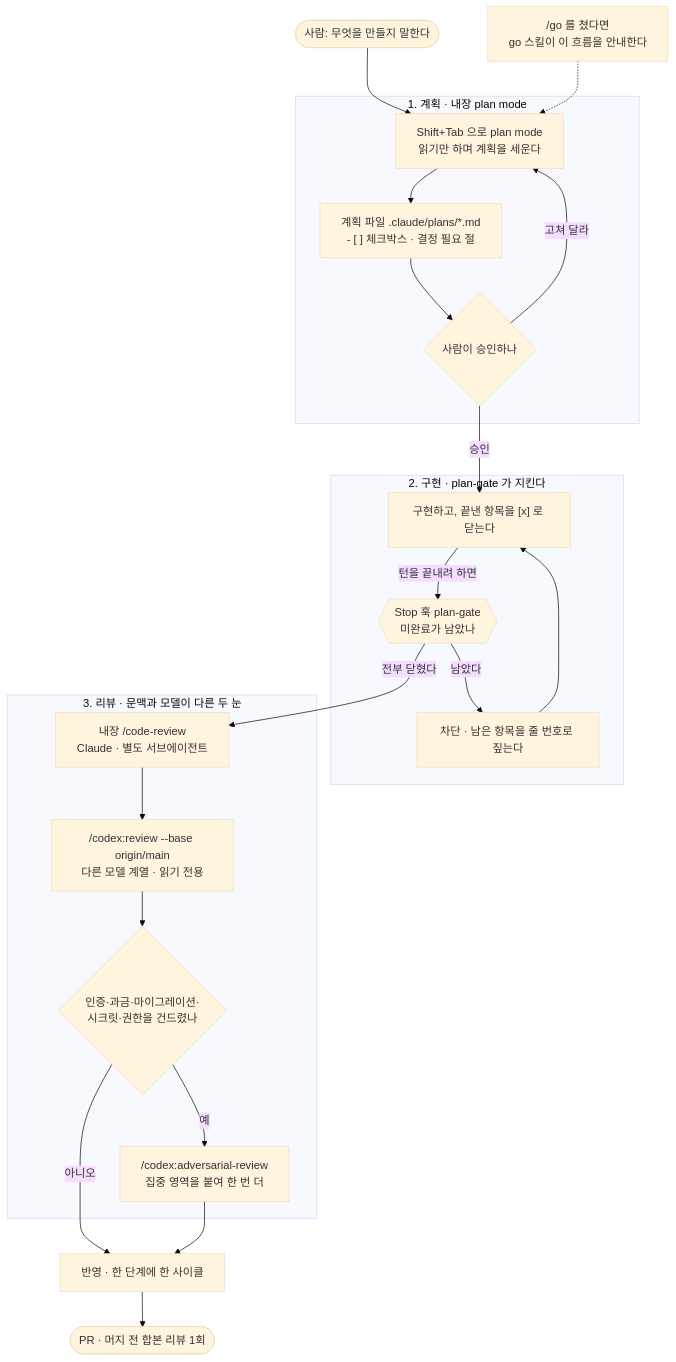
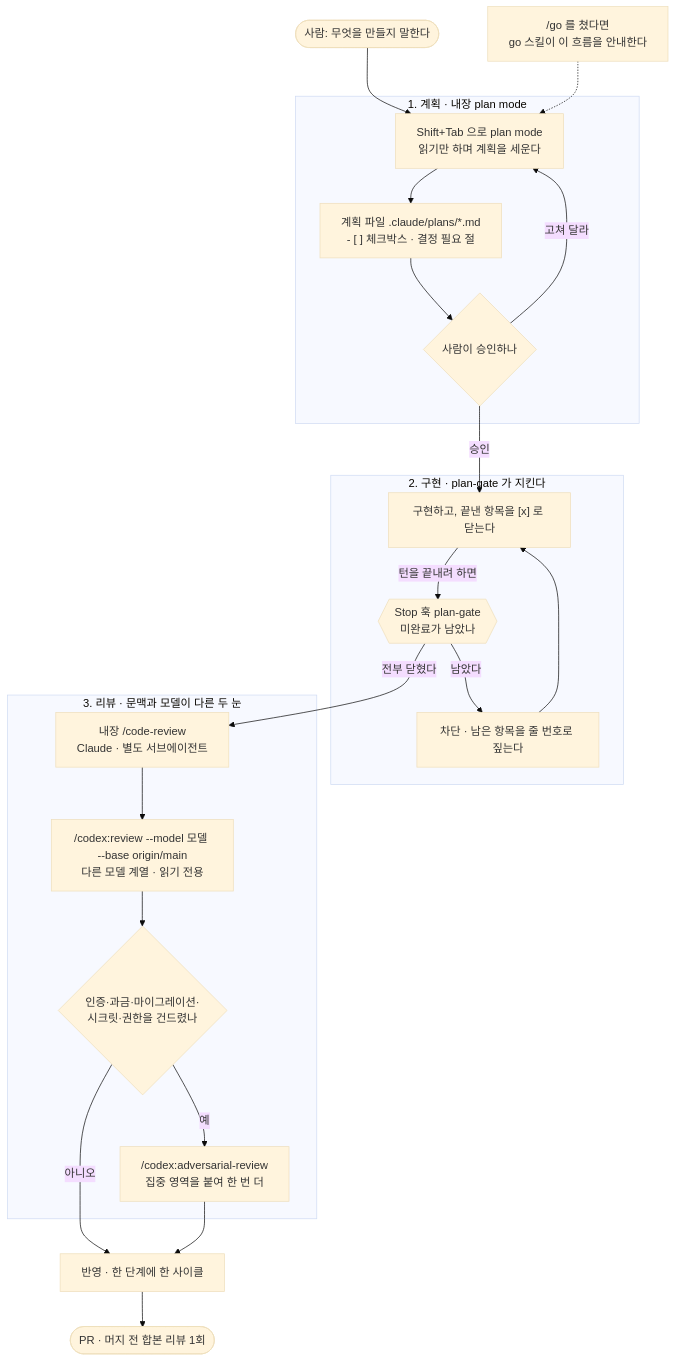
The first of 3 diagrams in README.md (jwjinn/go-skill), drawn with Mermaid (base theme) before and after one commit. The commit also changed other lines of this file and 3 other files, not shown here.

````diff
--- a/README.md
+++ b/README.md
@@ -18,31 +18,31 @@
 ```mermaid
 flowchart TD
     U(["사람: 무엇을 만들지 말한다"]) --> PM
     G["/go 를 쳤다면<br/>go 스킬이 이 흐름을 안내한다"] -.-> PM
 
     subgraph S1["1. 계획 · 내장 plan mode"]
         PM["Shift+Tab 으로 plan mode<br/>읽기만 하며 계획을 세운다"] --> PF["계획 파일 .claude/plans/*.md<br/>- [ ] 체크박스 · 결정 필요 절"]
         PF --> OK{"사람이 승인하나"}
     end
 
     OK -->|"고쳐 달라"| PM
     OK -->|"승인"| IM
 
     subgraph S2["2. 구현 · plan-gate 가 지킨다"]
         IM["구현하고, 끝낸 항목을 [x] 로 닫는다"] -->|"턴을 끝내려 하면"| GT{{"Stop 훅 plan-gate<br/>미완료가 남았나"}}
         GT -->|"남았다"| BL["차단 · 남은 항목을 줄 번호로 짚는다"]
         BL --> IM
     end
 
     GT -->|"전부 닫혔다"| CR
 
     subgraph S3["3. 리뷰 · 문맥과 모델이 다른 두 눈"]
-        CR["내장 /code-review<br/>Claude · 별도 서브에이전트"] --> CX["/codex:review --base origin/main<br/>다른 모델 계열 · 읽기 전용"]
+        CR["내장 /code-review<br/>Claude · 별도 서브에이전트"] --> CX["/codex:review --model 모델 --base origin/main<br/>다른 모델 계열 · 읽기 전용"]
         CX --> SEN{"인증·과금·마이그레이션·<br/>시크릿·권한을 건드렸나"}
         SEN -->|"예"| ADV["/codex:adversarial-review<br/>집중 영역을 붙여 한 번 더"]
     end
 
     SEN -->|"아니오"| FX
     ADV --> FX["반영 · 한 단계에 한 사이클"]
     FX --> PR(["PR · 머지 전 합본 리뷰 1회"])
 ```
````
